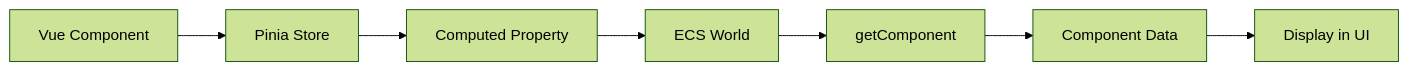
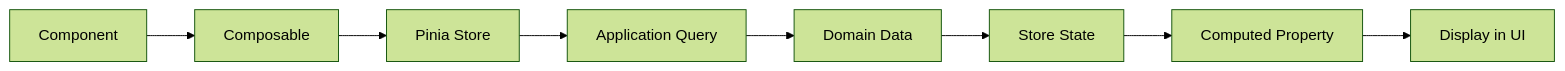
The third of 3 diagrams in doc/core/ARCHITECTURE_OVERVIEW.md (arvaistary/sim_game), drawn with Mermaid (forest theme) before and after one commit. The commit also changed other lines of this file and 262 other files, not shown here.

````diff
--- a/doc/core/ARCHITECTURE_OVERVIEW.md
+++ b/doc/core/ARCHITECTURE_OVERVIEW.md
@@ -378,9 +369,10 @@
 ```mermaid
 flowchart LR
-    A[Vue Component] --> B[Pinia Store]
-    B --> C[Computed Property]
-    C --> D[ECS World]
-    D --> E[getComponent]
-    E --> F[Component Data]
-    F --> G[Display in UI]
+    A[Component] --> B[Composable]
+    B --> C[Pinia Store]
+    C --> D[Application Query]
+    D --> E[Domain Data]
+    E --> F[Store State]
+    F --> G[Computed Property]
+    G --> H[Display in UI]
 ```
````
